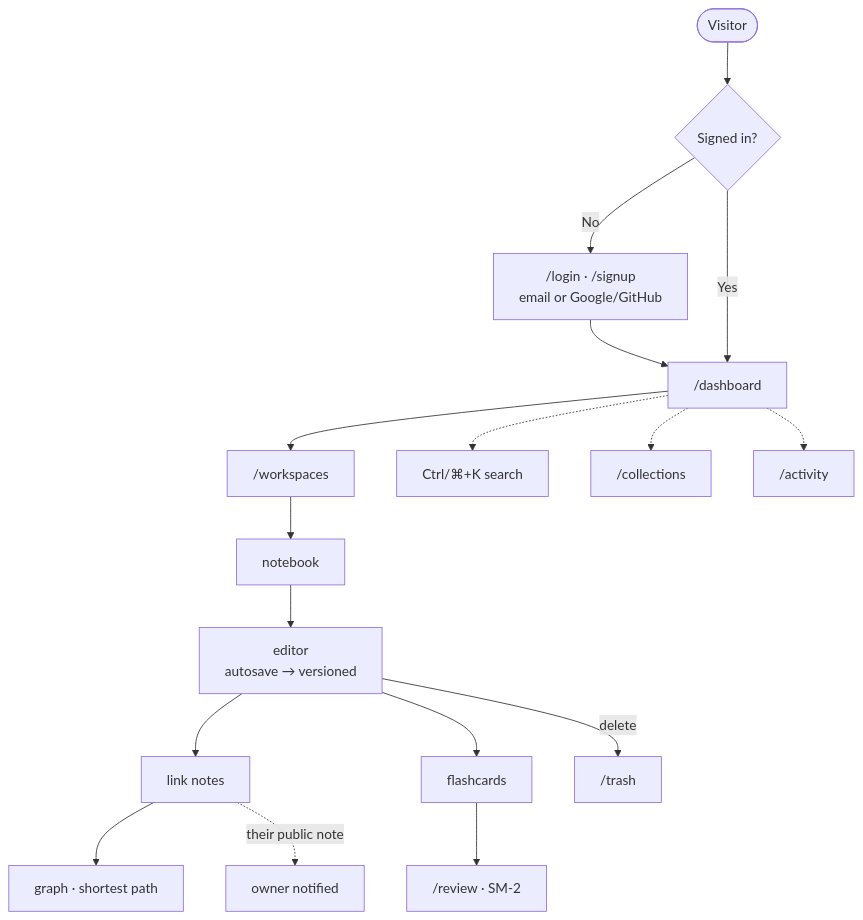
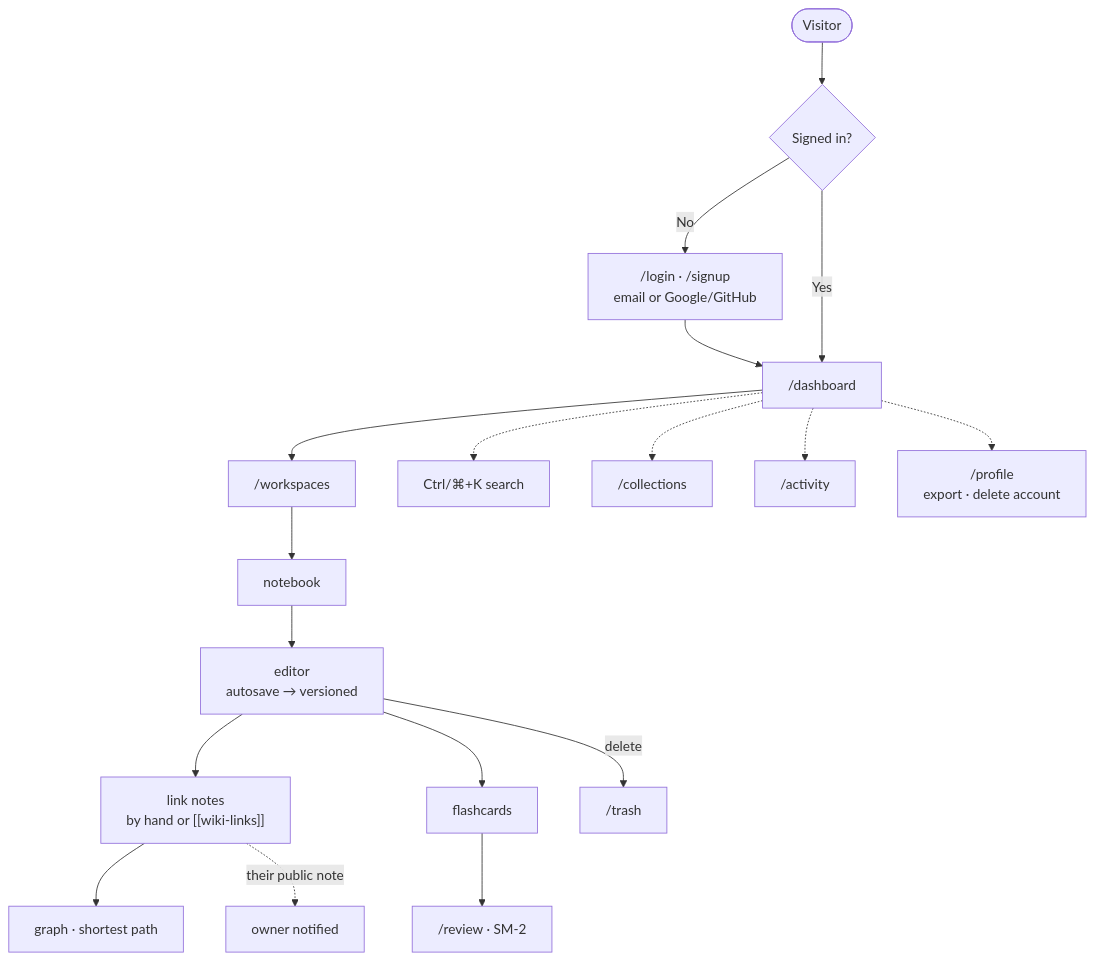
One commit to Mahakisore7/Neuro_Vault changed the third of 3 diagrams in README.md. Above: the diagram before and after it, drawn with Mermaid. The commit also changed other lines of this file, not shown here.

````diff
--- a/README.md
+++ b/README.md
@@ -427,15 +467,16 @@
 ```mermaid
 flowchart TD
     Start(["Visitor"]) --> Signed{"Signed in?"}
     Signed -- No --> Auth["/login · /signup<br/>email or Google/GitHub"]
     Auth --> Home
     Signed -- Yes --> Home["/dashboard"]
     Home --> Workspaces["/workspaces"] --> Notebook["notebook"] --> Editor["editor<br/>autosave → versioned"]
-    Editor --> Links["link notes"] --> Graph["graph · shortest path"]
+    Editor --> Links["link notes<br/>by hand or [[wiki-links]]"] --> Graph["graph · shortest path"]
     Links -. "their public note" .-> Bell["owner notified"]
     Editor --> Cards["flashcards"] --> Review["/review · SM-2"]
     Editor -- delete --> Trash["/trash"]
     Home -.-> Search["Ctrl/⌘+K search"]
     Home -.-> Collections["/collections"]
     Home -.-> Activity["/activity"]
+    Home -.-> Profile["/profile<br/>export · delete account"]
 ```
````
